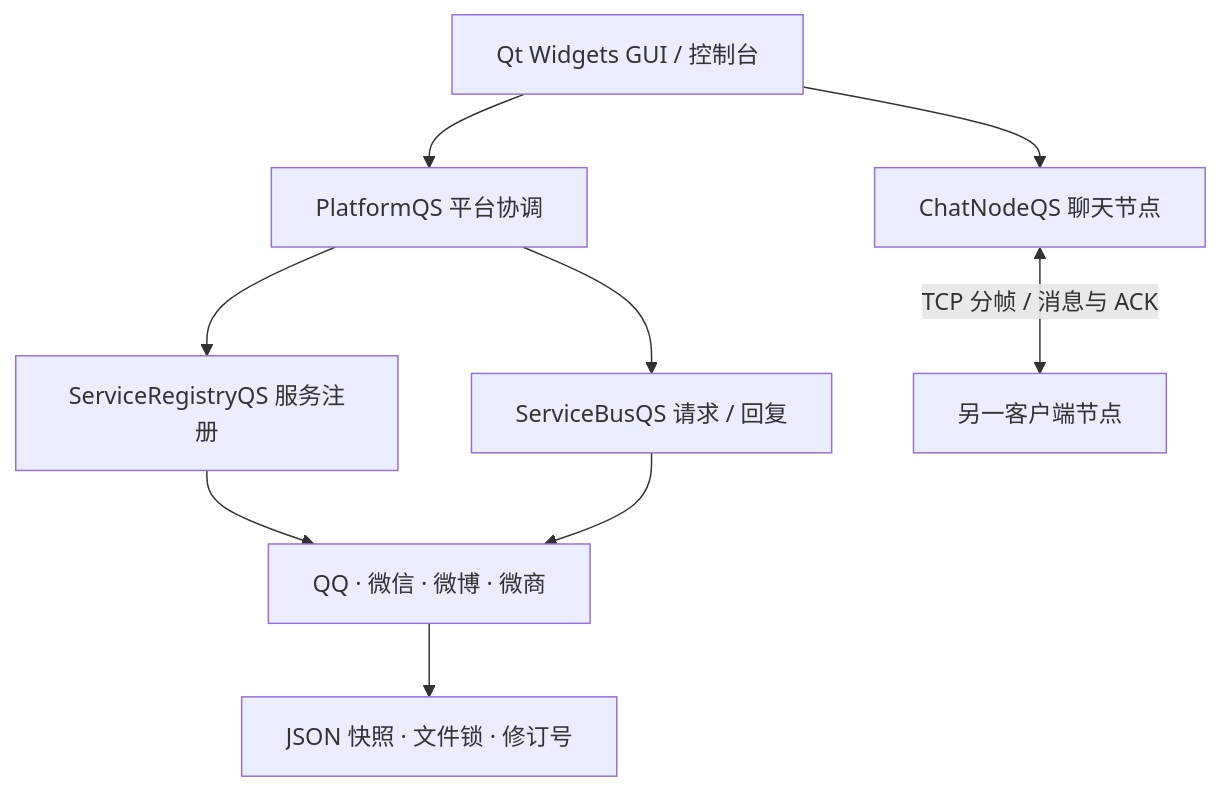
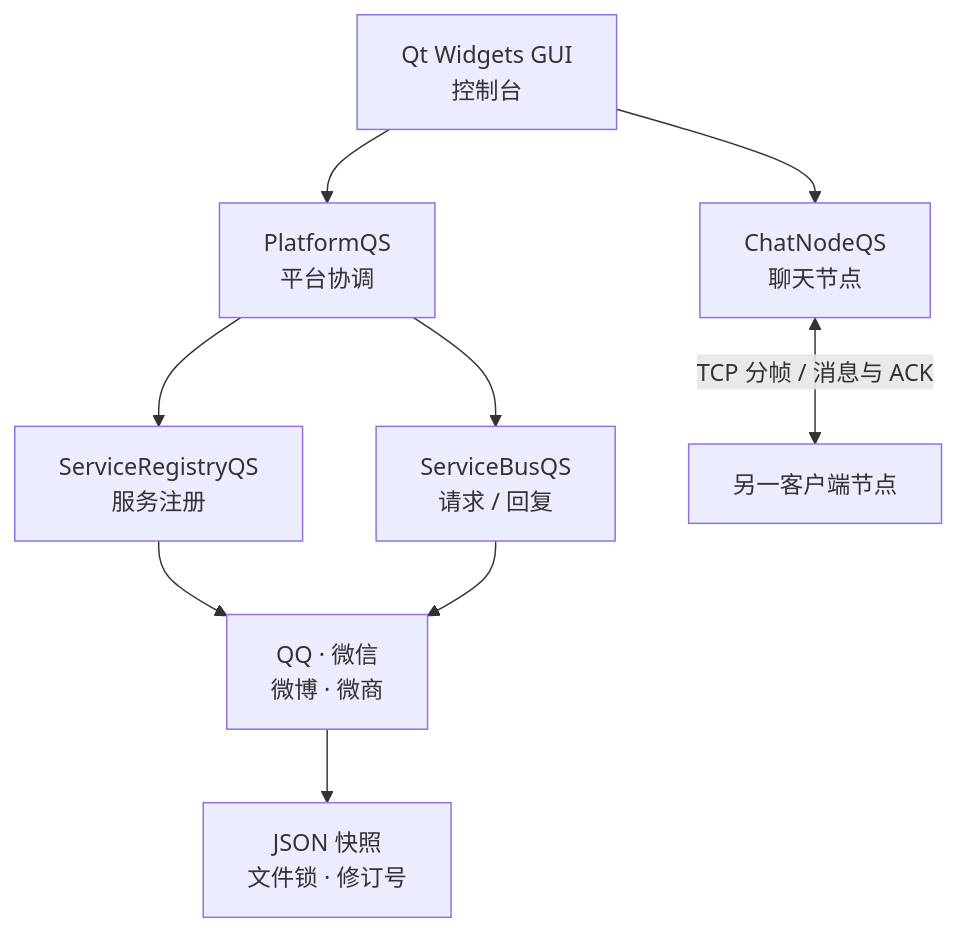
The diagram in README.md (PWJCSqiushan/TongChuangQS-Public), drawn with Mermaid before and after one commit.

Commit message:
docs: refine architecture diagram labels

````diff
--- a/README.md
+++ b/README.md
@@ -151,11 +151,11 @@
 ```mermaid
 flowchart TB
-    UI["Qt Widgets GUI / 控制台"] --> P["PlatformQS 平台协调"]
-    P --> R["ServiceRegistryQS 服务注册"]
-    R --> S["QQ · 微信 · 微博 · 微商"]
-    P --> B["ServiceBusQS 请求 / 回复"]
+    UI["Qt Widgets GUI<br/>控制台"] --> P["PlatformQS<br/>平台协调"]
+    P --> R["ServiceRegistryQS<br/>服务注册"]
+    R --> S["QQ · 微信<br/>微博 · 微商"]
+    P --> B["ServiceBusQS<br/>请求 / 回复"]
     B --> S
-    S --> D["JSON 快照 · 文件锁 · 修订号"]
-    UI --> C["ChatNodeQS 聊天节点"]
+    S --> D["JSON 快照<br/>文件锁 · 修订号"]
+    UI --> C["ChatNodeQS<br/>聊天节点"]
     C <-->|"TCP 分帧 / 消息与 ACK"| PEER["另一客户端节点"]
 ```
````
